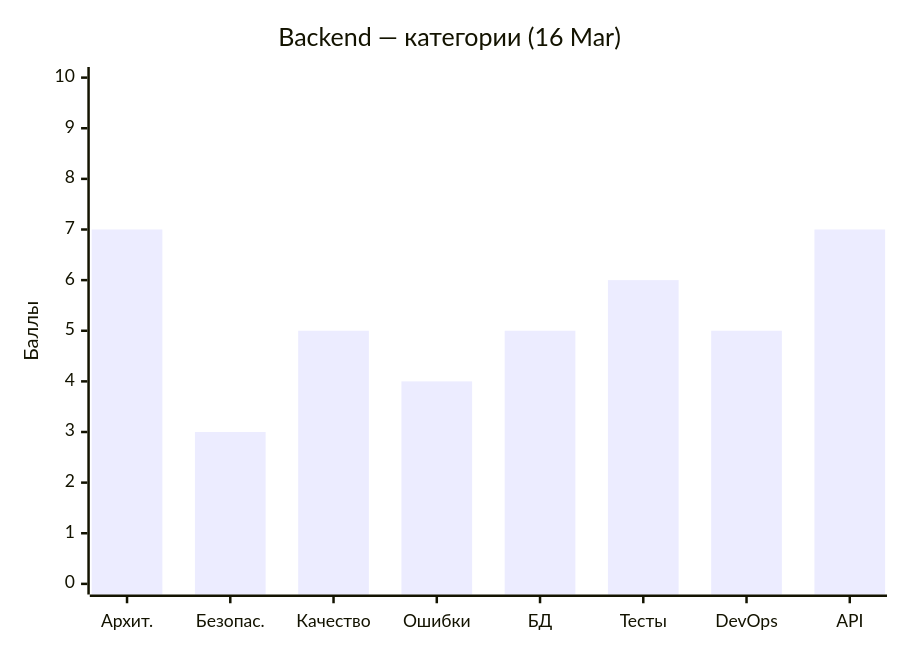
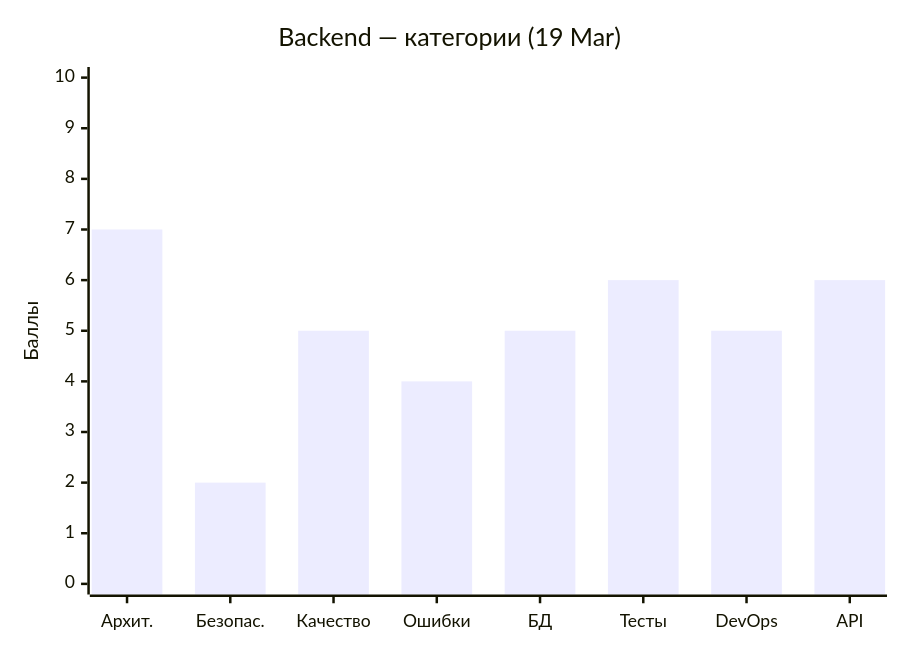
The fourth of 4 diagrams in CodeQualityStatus/status.md (ngKittyDebug/RS-Tandem-ngKittyDebug), drawn with Mermaid before and after one commit. The commit also changed other lines of this file and 2 other files, not shown here.

````diff
--- a/CodeQualityStatus/status.md
+++ b/CodeQualityStatus/status.md
@@ -129,7 +138,7 @@
 ```mermaid
 xychart-beta
-    title "Backend — категории (16 Mar)"
+    title "Backend — категории (19 Mar)"
     x-axis ["Архит.", "Безопас.", "Качество", "Ошибки", "БД", "Тесты", "DevOps", "API"]
     y-axis "Баллы" 0 --> 10
-    bar [7, 3, 5, 4, 5, 6, 5, 7]
+    bar [7, 2, 5, 4, 5, 6, 5, 6]
 ```
````
